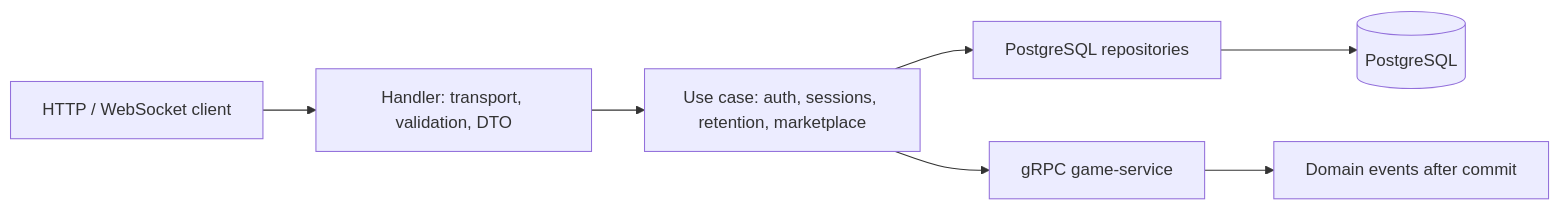
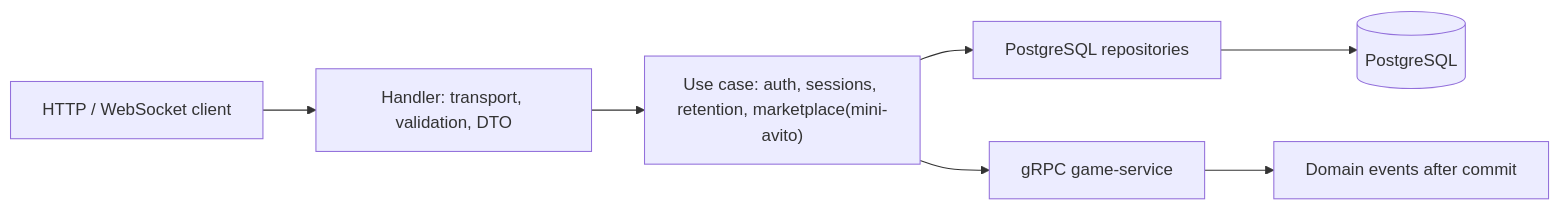
One commit to timur-developer/avitosha-backend-contribution changed the diagram in README.md. Above: the diagram before and after it, drawn with Mermaid. The commit also changed other lines of this file, not shown here.

````diff
--- a/README.md
+++ b/README.md
@@ -109,9 +110,9 @@
 ```mermaid
 flowchart LR
     Client["HTTP / WebSocket client"] --> Handler["Handler: transport, validation, DTO"]
-    Handler --> Usecase["Use case: auth, sessions, retention, marketplace"]
+    Handler --> Usecase["Use case: auth, sessions, retention, marketplace(mini-avito)"]
     Usecase --> Repository["PostgreSQL repositories"]
     Repository --> DB[(PostgreSQL)]
     Usecase --> GameService["gRPC game-service"]
     GameService --> Events["Domain events after commit"]
 ```
````
